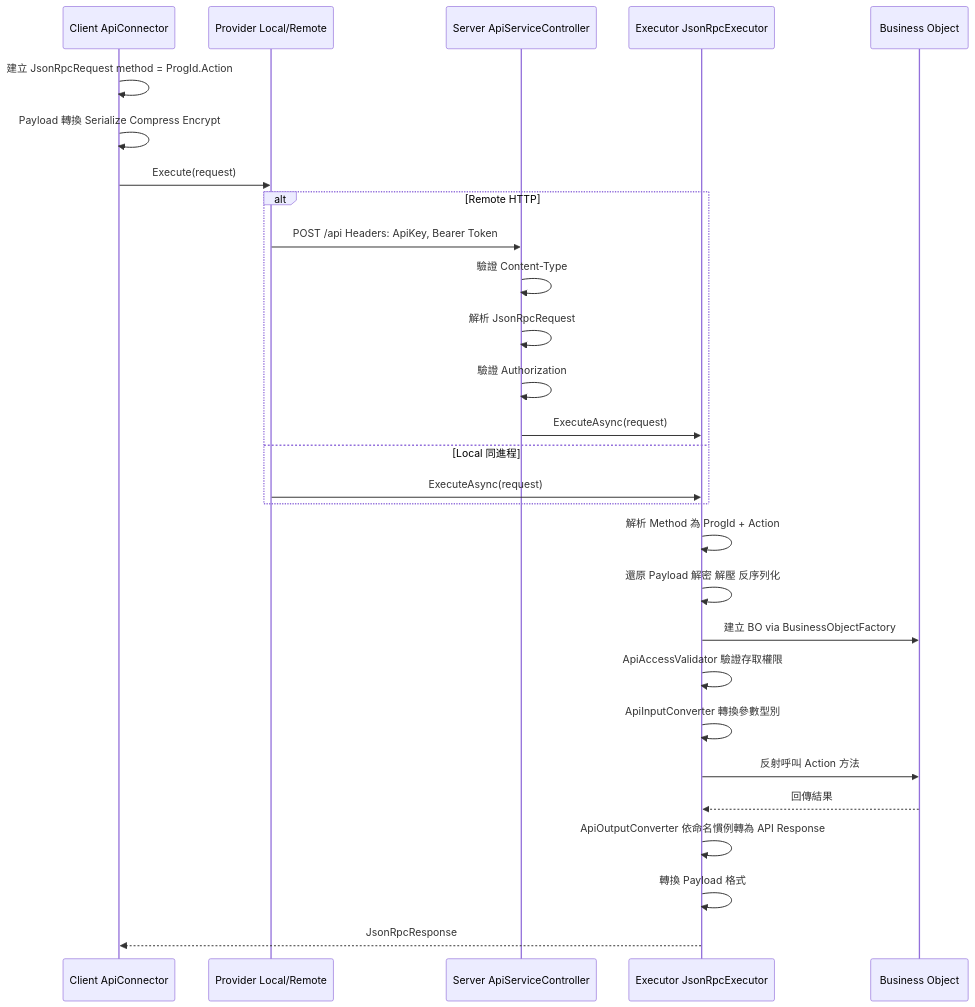
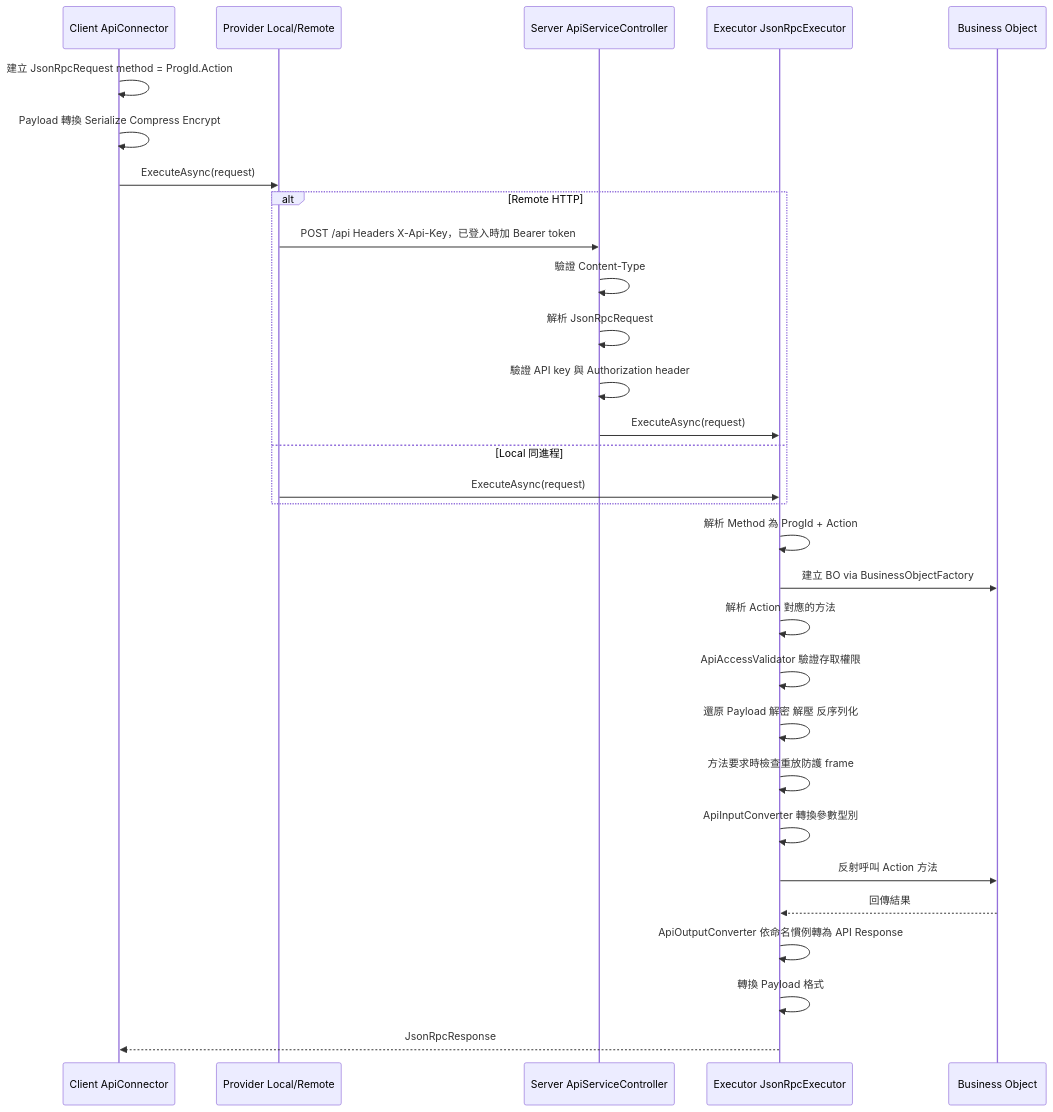
Before and after one commit to polhem-dev/polhem: the diagram in docs/zh-TW/development-cookbook.md, drawn with Mermaid. The commit also changed other lines of this file and 53 other files, not shown here.

````diff
--- a/docs/zh-TW/development-cookbook.md
+++ b/docs/zh-TW/development-cookbook.md
@@ -73,33 +78,35 @@
 ```mermaid
 sequenceDiagram
     participant C as Client ApiConnector
     participant P as Provider Local/Remote
     participant S as Server ApiServiceController
     participant E as Executor JsonRpcExecutor
     participant B as Business Object
 
     C->>C: 建立 JsonRpcRequest method = ProgId.Action
     C->>C: Payload 轉換 Serialize Compress Encrypt
-    C->>P: Execute(request)
+    C->>P: ExecuteAsync(request)
 
     alt Remote HTTP
-        P->>S: POST /api Headers: ApiKey, Bearer Token
+        P->>S: POST /api Headers X-Api-Key，已登入時加 Bearer token
         S->>S: 驗證 Content-Type
         S->>S: 解析 JsonRpcRequest
-        S->>S: 驗證 Authorization
+        S->>S: 驗證 API key 與 Authorization header
         S->>E: ExecuteAsync(request)
     else Local 同進程
         P->>E: ExecuteAsync(request)
     end
 
     E->>E: 解析 Method 為 ProgId + Action
+    E->>B: 建立 BO via BusinessObjectFactory
+    E->>E: 解析 Action 對應的方法
+    E->>E: ApiAccessValidator 驗證存取權限
     E->>E: 還原 Payload 解密 解壓 反序列化
-    E->>B: 建立 BO via BusinessObjectFactory
-    E->>E: ApiAccessValidator 驗證存取權限
+    E->>E: 方法要求時檢查重放防護 frame
     E->>E: ApiInputConverter 轉換參數型別
     E->>B: 反射呼叫 Action 方法
     B-->>E: 回傳結果
     E->>E: ApiOutputConverter 依命名慣例轉為 API Response
     E->>E: 轉換 Payload 格式
     E-->>C: JsonRpcResponse
 ```
````
